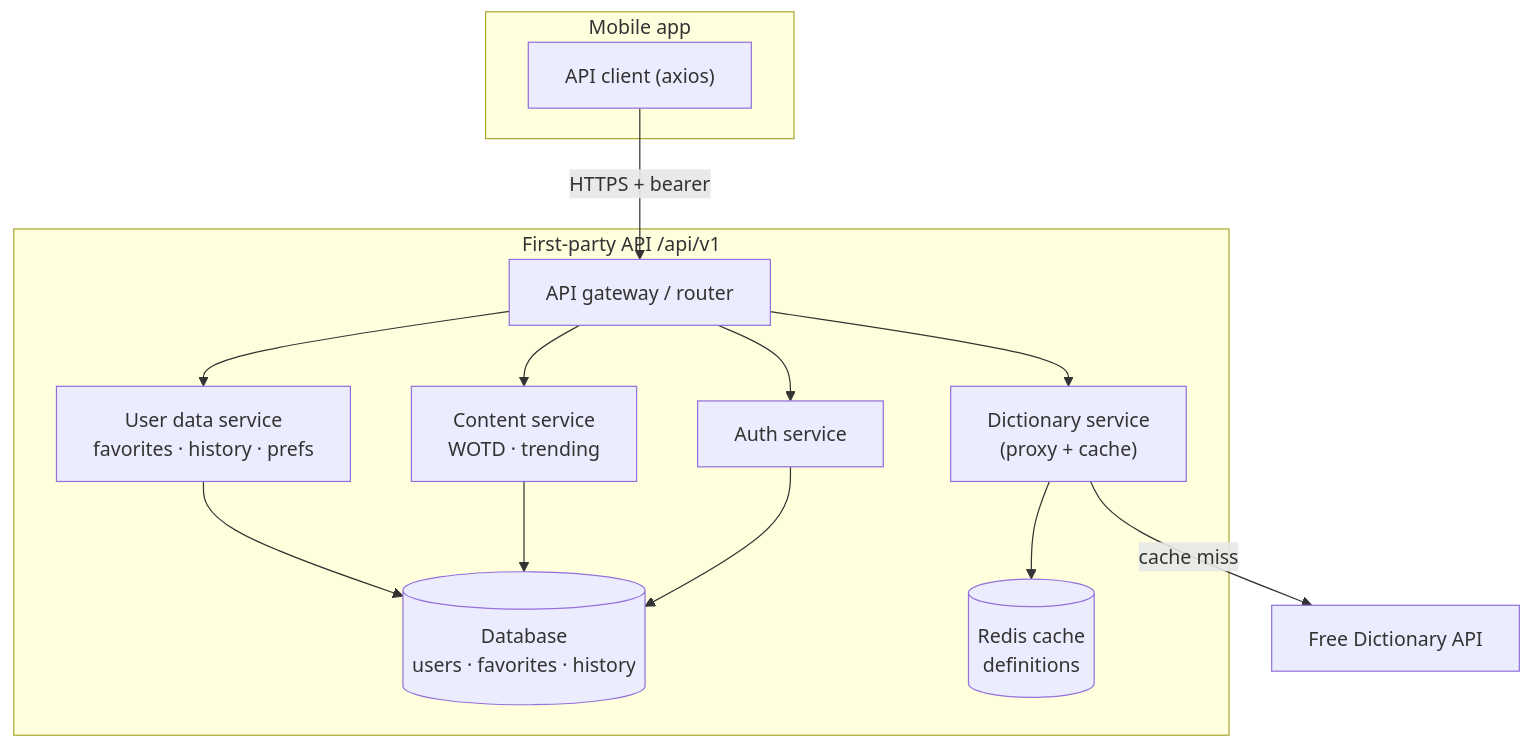
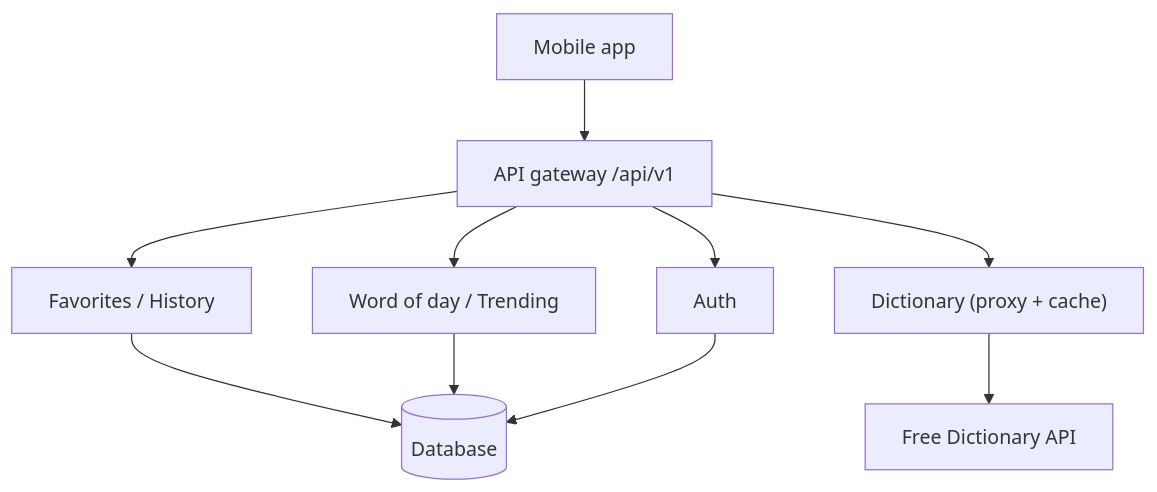
Before and after one commit to Irere123/expo-template: the diagram in docs/api-endpoints.md, drawn with Mermaid. The commit also changed other lines of this file and 5 other files, not shown here.

First line of the commit message:
docs: tighten prose and make diagrams Excalidraw-friendly

````diff
--- a/docs/api-endpoints.md
+++ b/docs/api-endpoints.md
@@ -32,24 +19,12 @@
 ```mermaid
 flowchart TB
-    subgraph Client["Mobile app"]
-        C["API client (axios)"]
-    end
-    subgraph Backend["First-party API /api/v1"]
-        GW["API gateway / router"]
-        Auth["Auth service"]
-        Dict["Dictionary service\n(proxy + cache)"]
-        User["User data service\nfavorites · history · prefs"]
-        Content["Content service\nWOTD · trending"]
-        DB[("Database\nusers · favorites · history")]
-        RC[("Redis cache\ndefinitions")]
-    end
-    Upstream["Free Dictionary API"]
-
-    C -->|HTTPS + bearer| GW
-    GW --> Auth & Dict & User & Content
-    Dict --> RC
-    Dict -->|cache miss| Upstream
-    User --> DB
-    Content --> DB
-    Auth --> DB
+  App["Mobile app"] --> GW["API gateway /api/v1"]
+  GW --> Auth["Auth"]
+  GW --> Dict["Dictionary (proxy + cache)"]
+  GW --> UserSvc["Favorites / History"]
+  GW --> Content["Word of day / Trending"]
+  Dict --> Upstream["Free Dictionary API"]
+  UserSvc --> DB[("Database")]
+  Content --> DB
+  Auth --> DB
 ```
````
